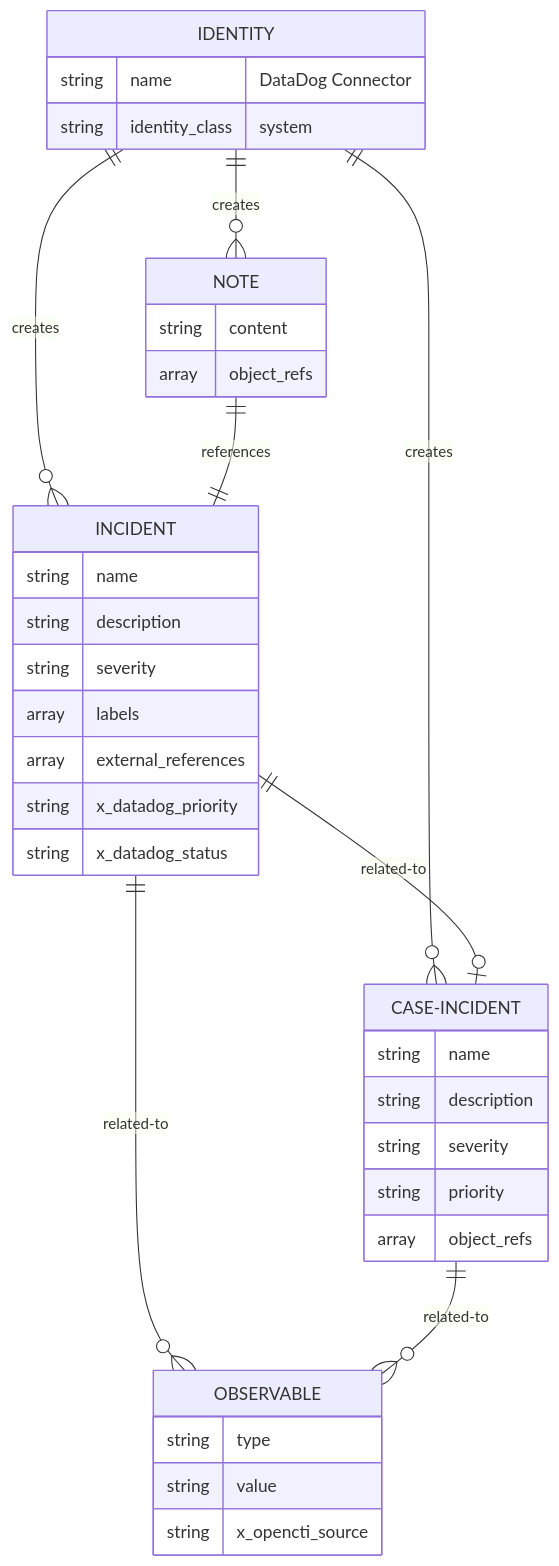
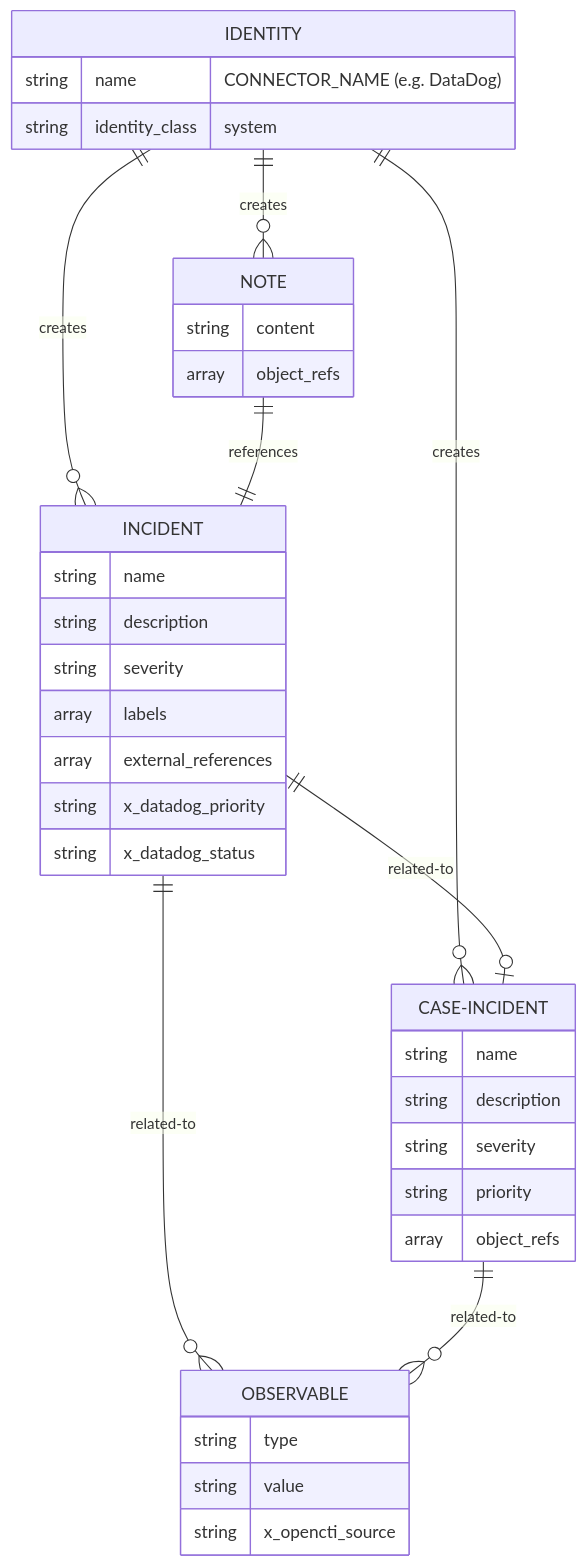
One commit to OpenCTI-Platform/connectors changed the second of 3 diagrams in external-import/datadog/README.md. Above: the diagram before and after it, drawn with Mermaid. The commit also changed other lines of this file and 2 other files, not shown here.

````diff
--- a/external-import/datadog/README.md
+++ b/external-import/datadog/README.md
@@ -80,41 +80,41 @@
 ```mermaid
 erDiagram
     IDENTITY ||--o{ INCIDENT : creates
     IDENTITY ||--o{ CASE-INCIDENT : creates
     IDENTITY ||--o{ NOTE : creates
     
     INCIDENT ||--o{ OBSERVABLE : "related-to"
     INCIDENT ||--o| CASE-INCIDENT : "related-to"
     CASE-INCIDENT ||--o{ OBSERVABLE : "related-to"
     NOTE ||--|| INCIDENT : references
     
     IDENTITY {
-        string name "DataDog Connector"
+        string name "CONNECTOR_NAME (e.g. DataDog)"
         string identity_class "system"
     }
     INCIDENT {
         string name
         string description
         string severity
         array labels
         array external_references
         string x_datadog_priority
         string x_datadog_status
     }
     CASE-INCIDENT {
         string name
         string description
         string severity
         string priority
         array object_refs
     }
     OBSERVABLE {
         string type
         string value
         string x_opencti_source
     }
     NOTE {
         string content
         array object_refs
     }
 ```
````
